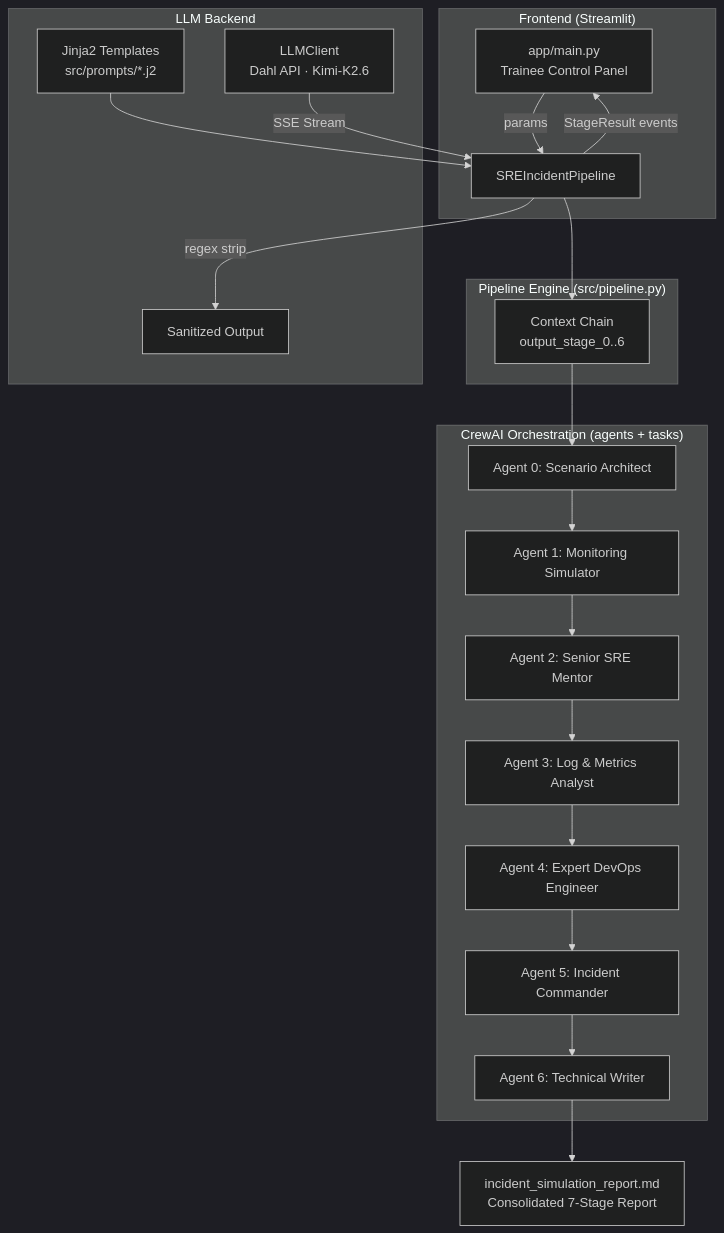
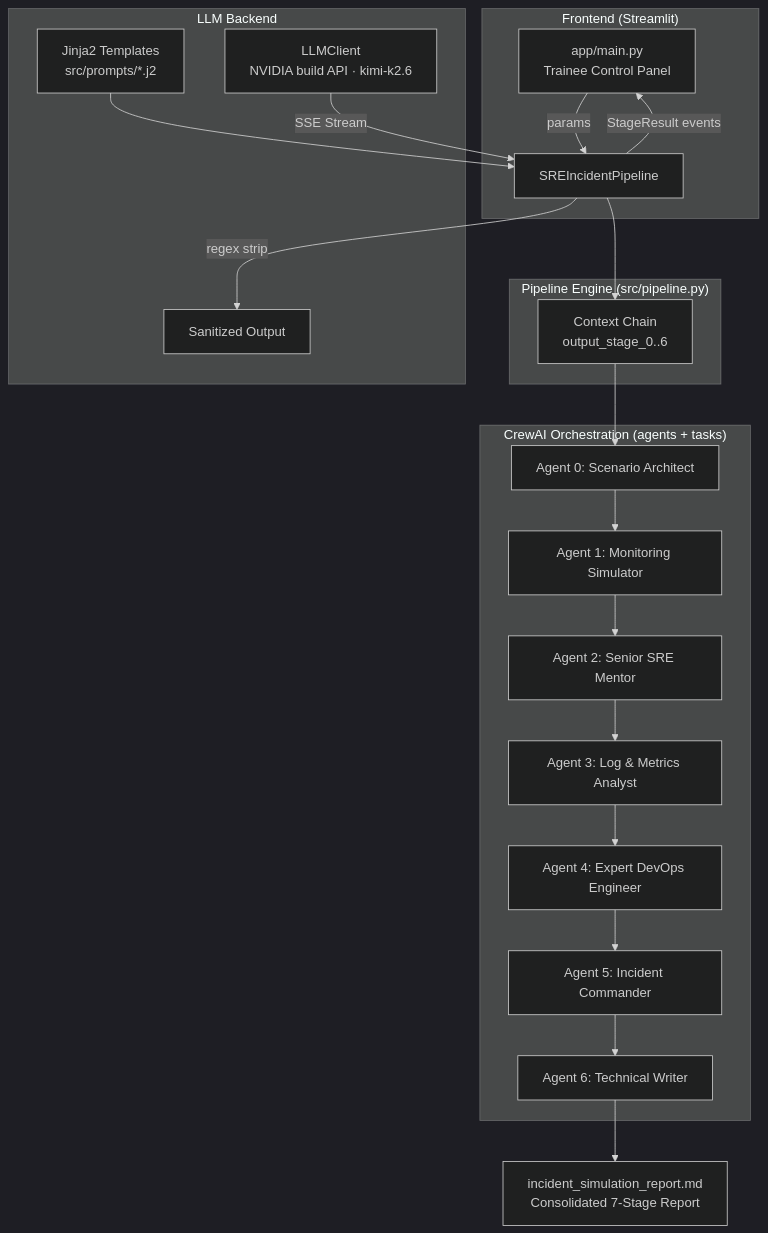
The diagram in README.md (minaNabil96/devops-incident-sim-pipeline), drawn with Mermaid (dark theme) before and after one commit. The commit also changed other lines of this file and 39 other files, not shown here.

````diff
--- a/README.md
+++ b/README.md
@@ -50,29 +61,29 @@
 ```mermaid
 graph TD
     subgraph "Frontend (Streamlit)"
         UI[app/main.py<br/>Trainee Control Panel] -->|params| PIPE
         PIPE -->|StageResult events| UI
     end
 
     subgraph "Pipeline Engine (src/pipeline.py)"
         PIPE[SREIncidentPipeline] --> CTX[Context Chain<br/>output_stage_0..6]
     end
 
     subgraph "CrewAI Orchestration (agents + tasks)"
         CTX --> A0[Agent 0: Scenario Architect]
         A0 --> A1[Agent 1: Monitoring Simulator]
         A1 --> A2[Agent 2: Senior SRE Mentor]
         A2 --> A3[Agent 3: Log & Metrics Analyst]
         A3 --> A4[Agent 4: Expert DevOps Engineer]
         A4 --> A5[Agent 5: Incident Commander]
         A5 --> A6[Agent 6: Technical Writer]
     end
 
     subgraph "LLM Backend"
         TPL[Jinja2 Templates<br/>src/prompts/*.j2] --> PIPE
-        LLM[LLMClient<br/>Dahl API · Kimi-K2.6] -->|SSE Stream| PIPE
+        LLM[LLMClient<br/>NVIDIA build API · kimi-k2.6] -->|SSE Stream| PIPE
         PIPE -->|regex <think> strip| CLEAN[Sanitized Output]
     end
 
     A6 --> RPT[incident_simulation_report.md<br/>Consolidated 7-Stage Report]
 ```
````
